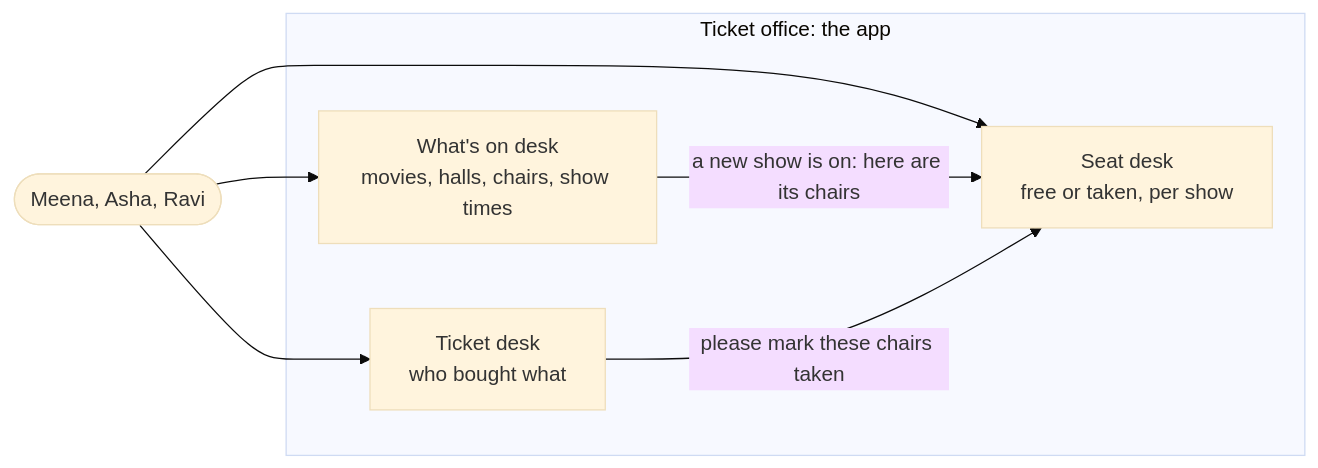
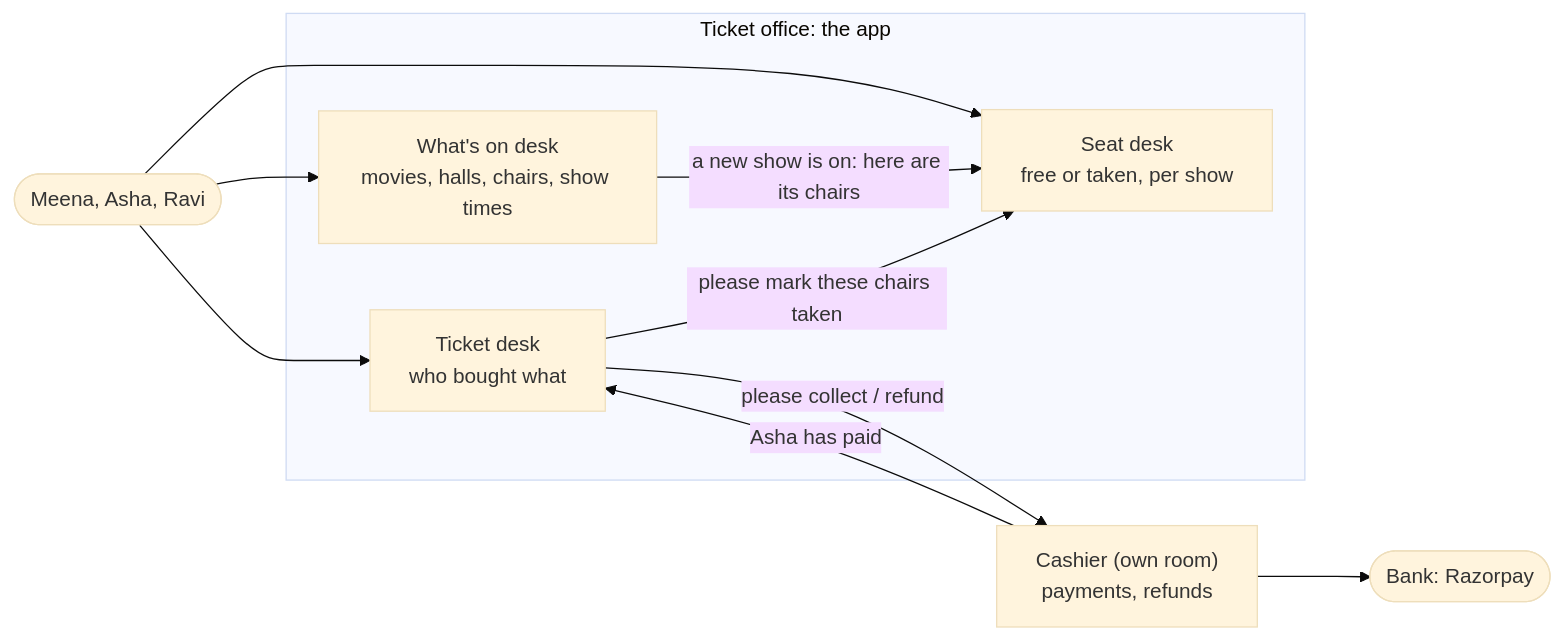
The first of 6 diagrams in docs/story.md (GopiSVDev/seat-lock), drawn with Mermaid (base theme) before and after one commit. The commit also changed other lines of this file and 147 other files, not shown here.

````diff
--- a/docs/story.md
+++ b/docs/story.md
@@ -59,14 +63,19 @@
 ```mermaid
 flowchart LR
     people(["Meena, Asha, Ravi"])
     subgraph office["Ticket office: the app"]
         whatson["What's on desk<br/>movies, halls, chairs, show times"]
         seats["Seat desk<br/>free or taken, per show"]
         tickets["Ticket desk<br/>who bought what"]
     end
     people --> whatson
     people --> seats
     people --> tickets
     whatson -- "a new show is on: here are its chairs" --> seats
     tickets -- "please mark these chairs taken" --> seats
+    cashier["Cashier (own room)<br/>payments, refunds"]
+    bank(["Bank: Razorpay"])
+    tickets -- "please collect / refund" --> cashier
+    cashier -- "Asha has paid" --> tickets
+    cashier --> bank
 ```
````
